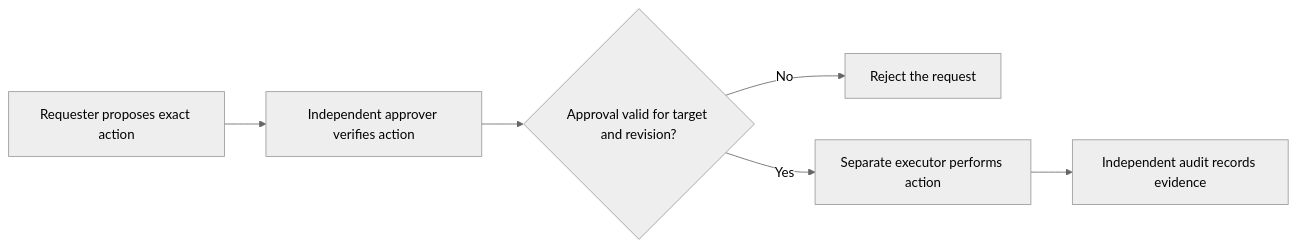
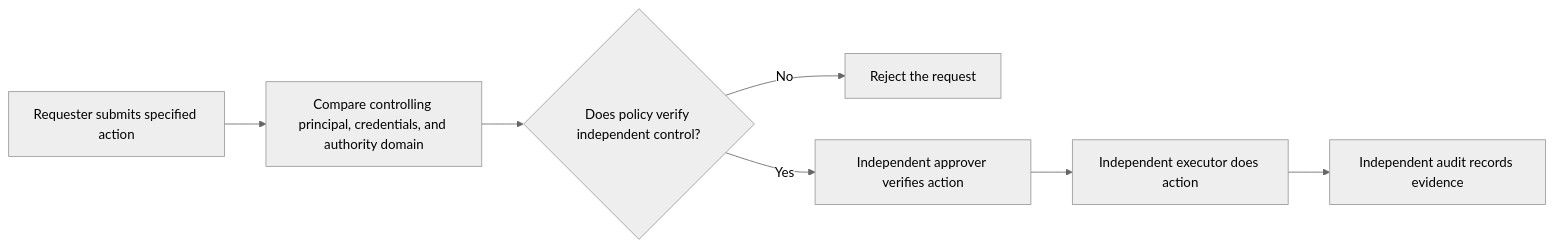
One commit to HomericIntelligence/Athena changed the diagram in docs/principles/details/p052-separation-of-duties.md. Above: the diagram before and after it, drawn with Mermaid (neutral theme). The commit also changed other lines of this file and 91 other files, not shown here.

````diff
--- a/docs/principles/details/p052-separation-of-duties.md
+++ b/docs/principles/details/p052-separation-of-duties.md
@@ -36,8 +38,9 @@
 ```mermaid
 flowchart LR
-    A["Requester proposes exact action"] --> B["Independent approver verifies action"]
-    B --> C{"Approval valid for target and revision?"}
+    A["Requester submits specified action"] --> B["Compare controlling principal, credentials, and authority domain"]
+    B --> C{"Does policy verify independent control?"}
     C -- "No" --> D["Reject the request"]
-    C -- "Yes" --> E["Separate executor performs action"]
-    E --> F["Independent audit records evidence"]
+    C -- "Yes" --> E["Independent approver verifies action"]
+    E --> F["Independent executor does action"]
+    F --> G["Independent audit records evidence"]
 ```
````
